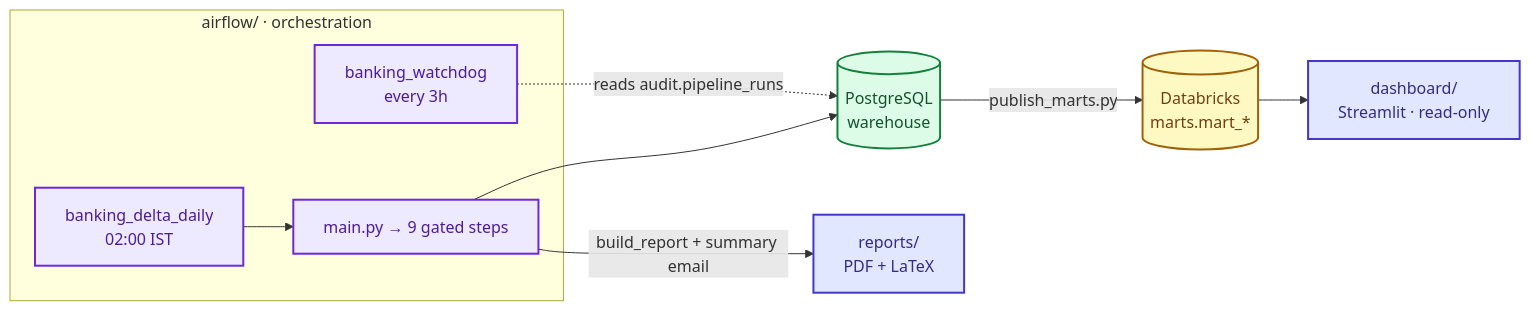
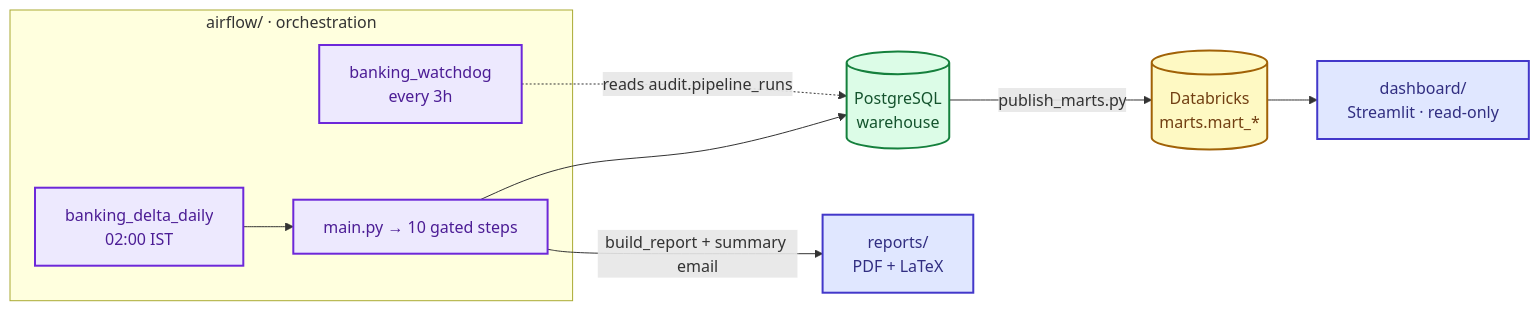
The sixth of 6 diagrams in docs/PROBLEM.md (Nitinx12/Banking-Delta-Lakehouse), drawn with Mermaid before and after one commit. The commit also changed other lines of this file and 16 other files, not shown here.

````diff
--- a/docs/PROBLEM.md
+++ b/docs/PROBLEM.md
@@ -257,27 +258,27 @@
 ```mermaid
 flowchart LR
     subgraph AF["airflow/ · orchestration"]
         DAG["banking_delta_daily<br/>02:00 IST"]
         WD["banking_watchdog<br/>every 3h"]
-        RUN["main.py → 9 gated steps"]
+        RUN["main.py → 10 gated steps"]
     end
     PG[("PostgreSQL<br/>warehouse")]
     DELTA[("Databricks<br/>marts.mart_*")]
     DASH["dashboard/<br/>Streamlit · read-only"]
     RPT["reports/<br/>PDF + LaTeX"]
 
     DAG --> RUN --> PG
     WD -.->|reads audit.pipeline_runs| PG
     PG -->|publish_marts.py| DELTA
     DELTA --> DASH
     RUN -->|build_report + summary email| RPT
 
     classDef orch fill:#ede9fe,stroke:#6d28d9,color:#4c1d95,stroke-width:2px
     classDef pg fill:#dcfce7,stroke:#15803d,color:#14532d,stroke-width:2px
     classDef delta fill:#fef9c3,stroke:#a16207,color:#713f12,stroke-width:2px
     classDef ui fill:#e0e7ff,stroke:#4338ca,color:#312e81,stroke-width:2px
     class DAG,WD,RUN orch
     class PG pg
     class DELTA delta
     class DASH,RPT ui
 ```
````
